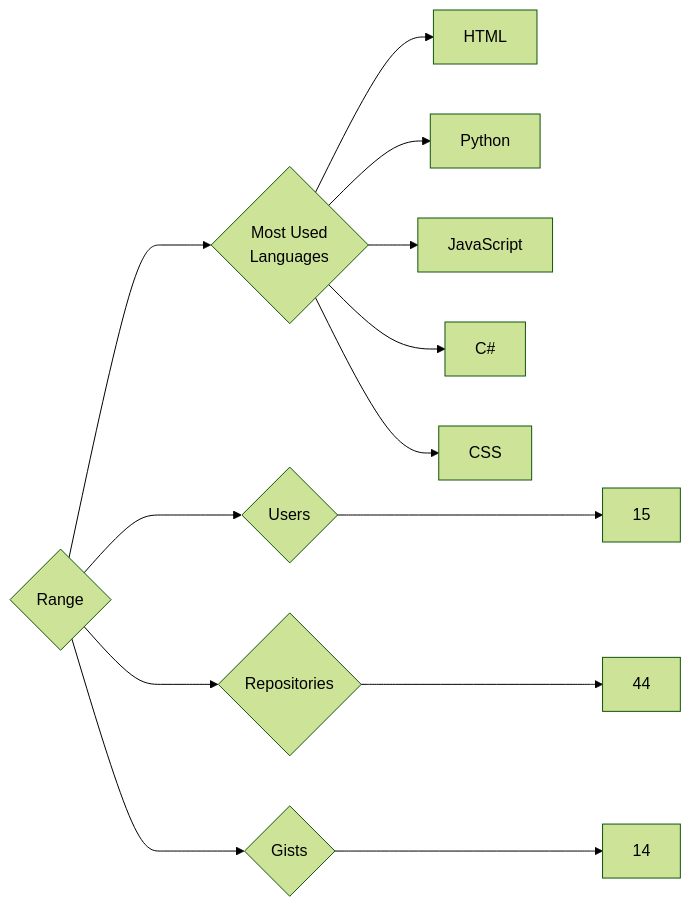
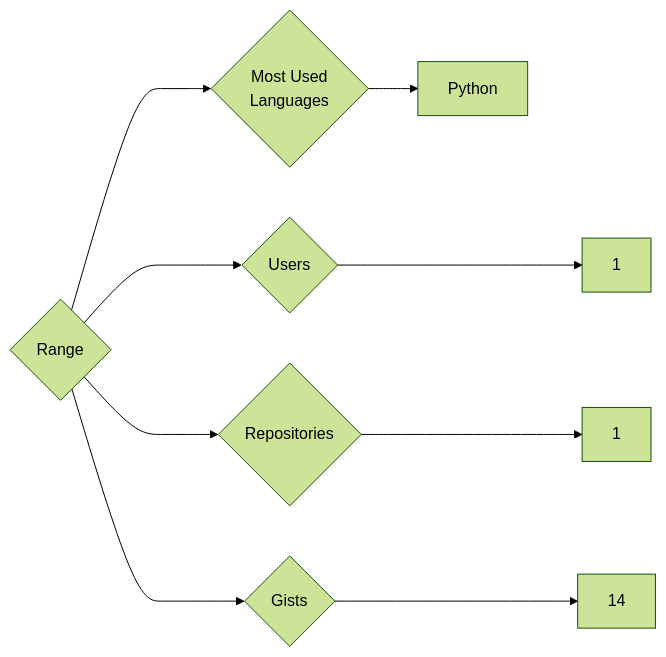
Before and after one commit to trickest/insiders: the diagram in targets/Range/README.md, drawn with Mermaid (forest theme). The commit also changed 839 other files, not shown here.

````diff
--- a/targets/Range/README.md
+++ b/targets/Range/README.md
@@ -3,13 +3,9 @@
 ```mermaid
 graph LR
 COMPANY_NAME{Range}
-COMPANY_NAME ---> U{Users} ---> UN[15]
-COMPANY_NAME ---> R{Repositories} ---> RN[44]
+COMPANY_NAME ---> U{Users} ---> UN[1]
+COMPANY_NAME ---> R{Repositories} ---> RN[1]
 COMPANY_NAME ---> G{Gists} ---> GN[14]
 COMPANY_NAME ---> ML{Most Used<br>Languages}
-ML --> HTML[HTML]
 ML --> Python[Python]
-ML --> JavaScript[JavaScript]
-ML --> C#[C#]
-ML --> CSS[CSS]
 ```
````
